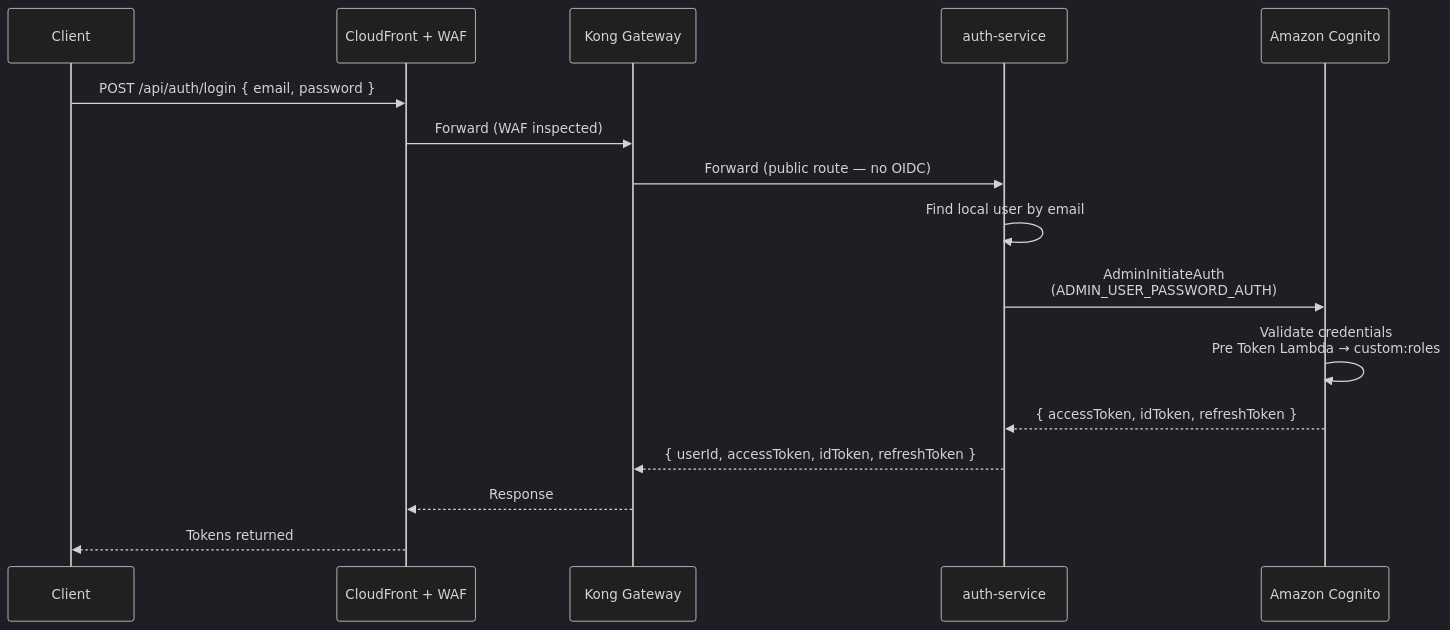
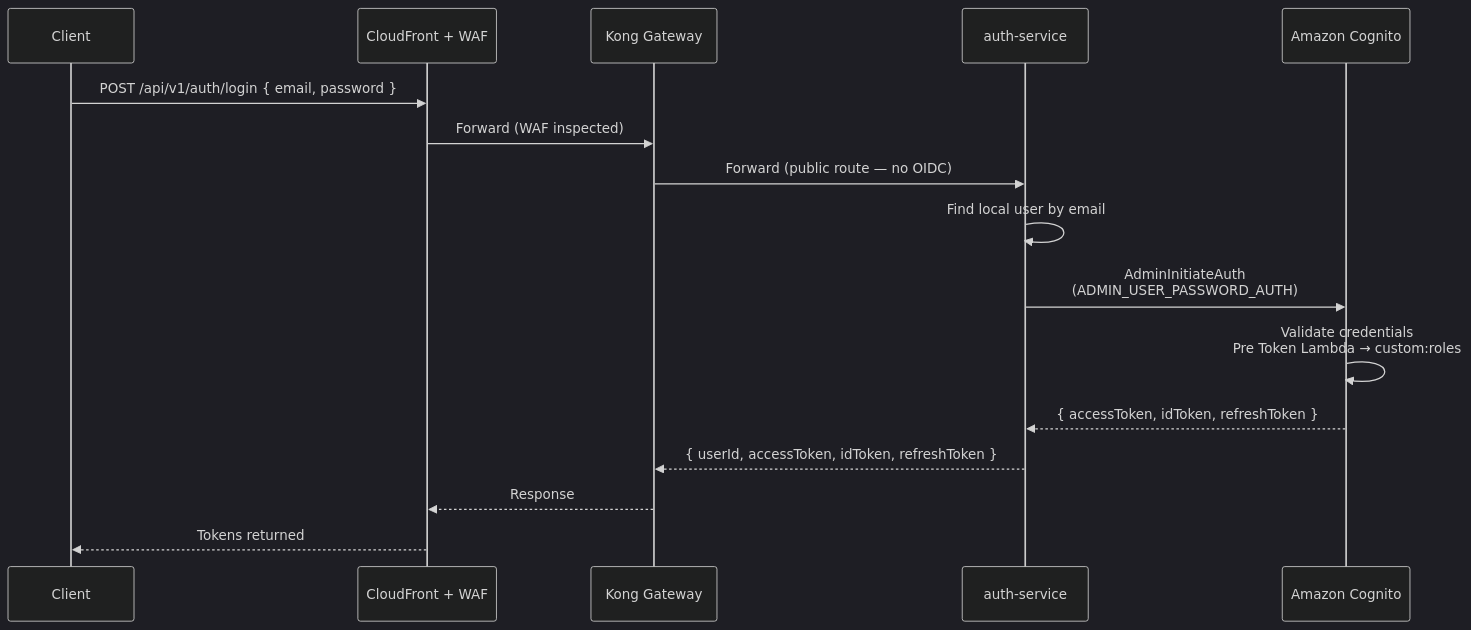
One commit to shanaka-versent/munchgo-aws-iac changed the tenth of 20 diagrams in README.md. Above: the diagram before and after it, drawn with Mermaid (dark theme). The commit also changed other lines of this file, not shown here.

First line of the commit message:
Update README — fix API paths, add sagas route, reflect automation

````diff
--- a/README.md
+++ b/README.md
@@ -586,19 +588,19 @@
 ```mermaid
 sequenceDiagram
     participant C as Client
     participant CF as CloudFront + WAF
     participant Kong as Kong Gateway
     participant Auth as auth-service
     participant Cognito as Amazon Cognito
 
-    C->>CF: POST /api/auth/login { email, password }
+    C->>CF: POST /api/v1/auth/login { email, password }
     CF->>Kong: Forward (WAF inspected)
     Kong->>Auth: Forward (public route — no OIDC)
     Auth->>Auth: Find local user by email
     Auth->>Cognito: AdminInitiateAuth<br/>(ADMIN_USER_PASSWORD_AUTH)
     Cognito->>Cognito: Validate credentials<br/>Pre Token Lambda → custom:roles
     Cognito-->>Auth: { accessToken, idToken, refreshToken }
     Auth-->>Kong: { userId, accessToken, idToken, refreshToken }
     Kong-->>CF: Response
     CF-->>C: Tokens returned
 ```
````
